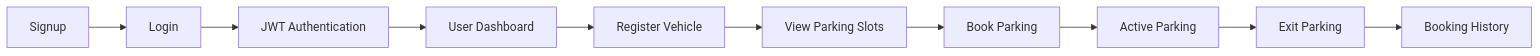
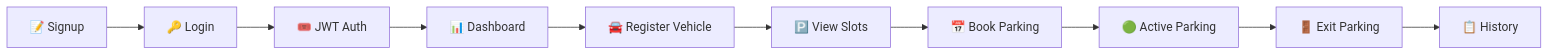
The eighth of 9 diagrams in README.md (Sahil2u47/smart_parking_system_frontend), drawn with Mermaid before and after one commit. The commit also changed other lines of this file, not shown here.

````diff
--- a/README.md
+++ b/README.md
@@ -439,4 +594,4 @@
 ```mermaid
 flowchart LR
-    A["Signup"] --> B["Login"] --> C["JWT Authentication"] --> D["User Dashboard"] --> E["Register Vehicle"] --> F["View Parking Slots"] --> G["Book Parking"] --> H["Active Parking"] --> I["Exit Parking"] --> J["Booking History"]
+    A["📝 Signup"] --> B["🔑 Login"] --> C["🎟️ JWT Auth"] --> D["📊 Dashboard"] --> E["🚘 Register Vehicle"] --> F["🅿️ View Slots"] --> G["📅 Book Parking"] --> H["🟢 Active Parking"] --> I["🚪 Exit Parking"] --> J["📋 History"]
 ```
````
